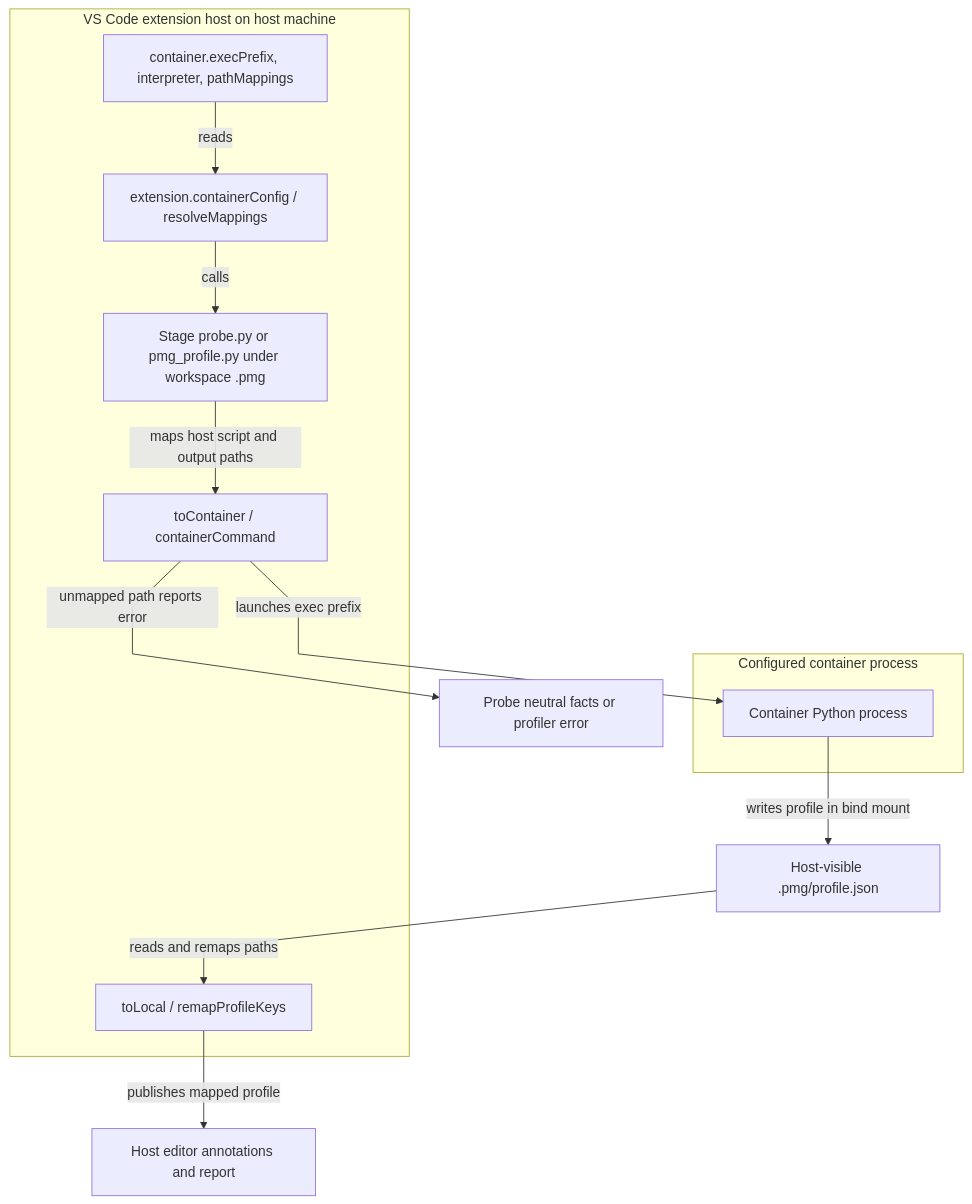
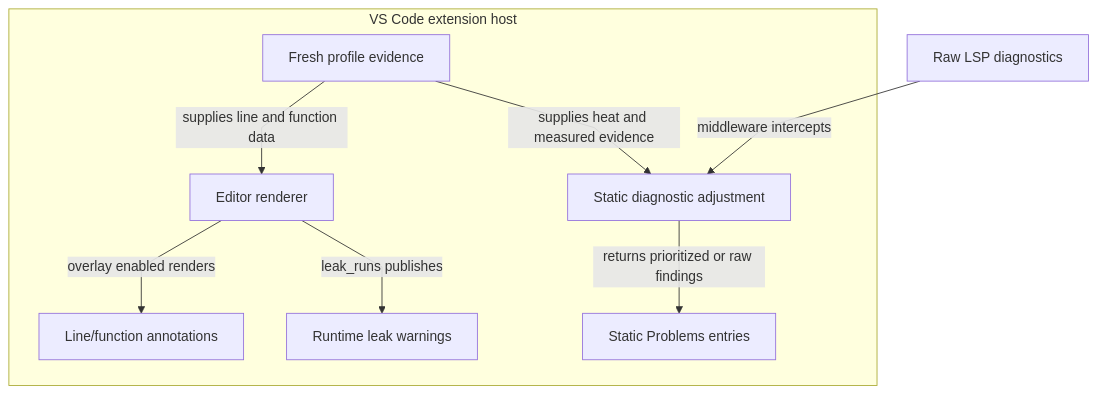
One commit to AashishTangnami/python-memory-guardian changed the fifth of 11 diagrams in docs/feature-map.md. Above: the diagram before and after it, drawn with Mermaid. The commit also changed other lines of this file and 11 other files, not shown here.

Commit message:
updated feature map path

````diff
--- a/docs/feature-map.md
+++ b/docs/feature-map.md
@@ -173,22 +239,18 @@
 ```mermaid
 %%{init: {"fontFamily":"Inter, ui-sans-serif, system-ui, sans-serif","flowchart":{"curve":"linear","nodeSpacing":50,"rankSpacing":60},"layout":"dagre"}}%%
 flowchart TD
-    Settings["container.execPrefix, interpreter, pathMappings"] -->|reads| Config["extension.containerConfig / resolveMappings"]
-    subgraph HOST["VS Code extension host on host machine"]
-      Settings
-      Config
-      Stage["Stage probe.py or pmg_profile.py under workspace .pmg"]
-      Map["toContainer / containerCommand"]
-      Remap["toLocal / remapProfileKeys"]
+    subgraph EXT["VS Code extension host"]
+      Gate["Fresh profile evidence"]
+      Render["Editor renderer"]
+      Adjust["Static diagnostic adjustment"]
+      Labels["Line/function annotations"]
+      Runtime["Runtime leak warnings"]
+      Static["Static Problems entries"]
     end
-    Config -->|calls| Stage
-    Stage -->|maps host script and output paths| Map
-    subgraph CONT["Configured container process"]
-      Target["Container Python process"]
-    end
-    Map -->|launches exec prefix| Target
-    Target -->|writes profile in bind mount| Shared["Host-visible .pmg/profile.json"]
-    Shared -->|reads and remaps paths| Remap
-    Remap -->|publishes mapped profile| View["Host editor annotations and report"]
-    Map -->|unmapped path reports error| Failure["Probe neutral facts or profiler error"]
+    Gate -->|supplies line and function data| Render
+    Gate -->|supplies heat and measured evidence| Adjust
+    Raw["Raw LSP diagnostics"] -->|middleware intercepts| Adjust
+    Render -->|overlay enabled renders| Labels
+    Render -->|leak_runs publishes| Runtime
+    Adjust -->|returns prioritized or raw findings| Static
 ```
````
